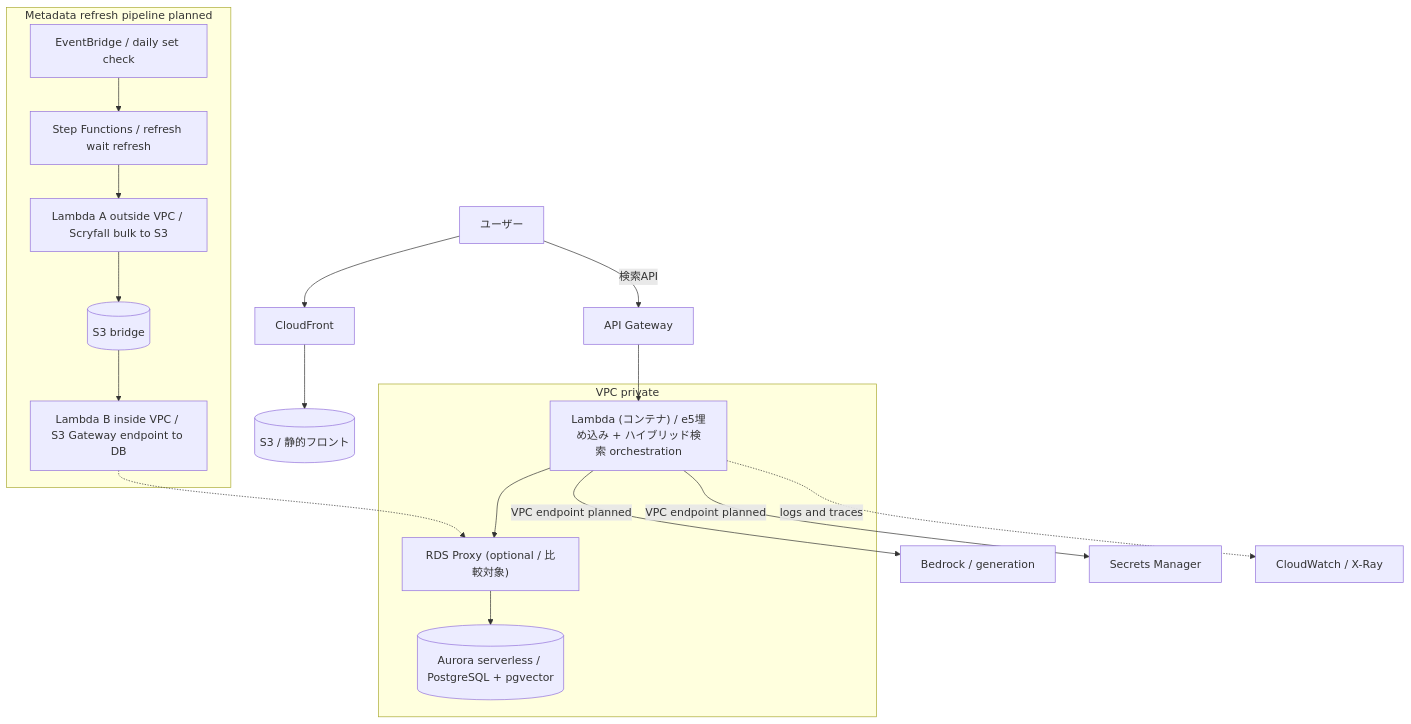
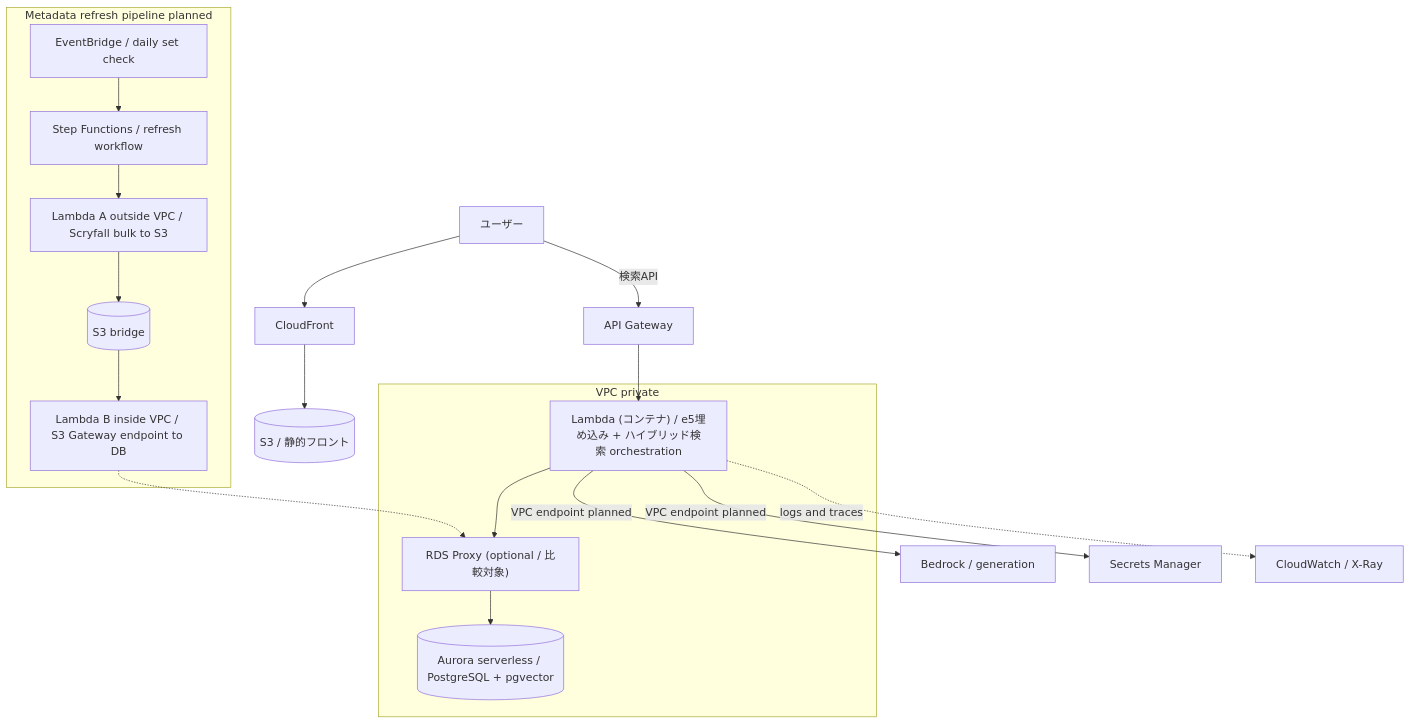
Before and after one commit to Sakaihashizo/mtg-rag: the third of 3 diagrams in README.md, drawn with Mermaid. The commit also changed other lines of this file and 10 other files, not shown here.

````diff
--- a/README.md
+++ b/README.md
@@ -163,22 +175,22 @@
 ```mermaid
 flowchart TB
     user["ユーザー"] --> cf["CloudFront"]
     cf --> s3f[("S3 / 静的フロント")]
     user -->|検索API| apigw["API Gateway"]
     apigw --> lam["Lambda (コンテナ) / e5埋め込み + ハイブリッド検索 orchestration"]
     subgraph vpc [VPC private]
         lam --> proxy["RDS Proxy (optional / 比較対象)"]
         proxy --> aurora[("Aurora serverless / PostgreSQL + pgvector")]
     end
     lam -->|"VPC endpoint planned"| bedrock["Bedrock / generation"]
     lam -->|"VPC endpoint planned"| secrets["Secrets Manager"]
     lam -. logs and traces .-> cw["CloudWatch / X-Ray"]
 
     subgraph refresh [Metadata refresh pipeline planned]
-        eb["EventBridge / daily set check"] --> sfn["Step Functions / refresh wait refresh"]
+        eb["EventBridge / daily set check"] --> sfn["Step Functions / refresh workflow"]
         sfn --> lamA["Lambda A outside VPC / Scryfall bulk to S3"]
         lamA --> s3b[("S3 bridge")]
         s3b --> lamB["Lambda B inside VPC / S3 Gateway endpoint to DB"]
     end
     lamB -.-> proxy
 ```
````
